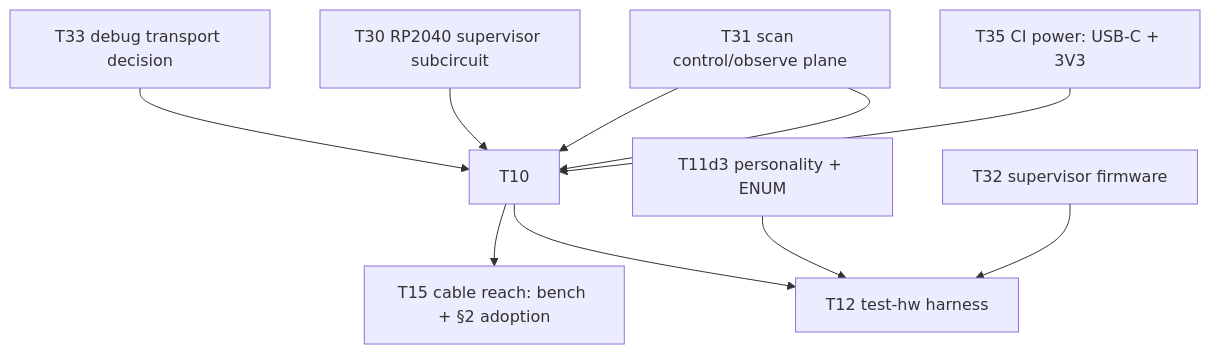
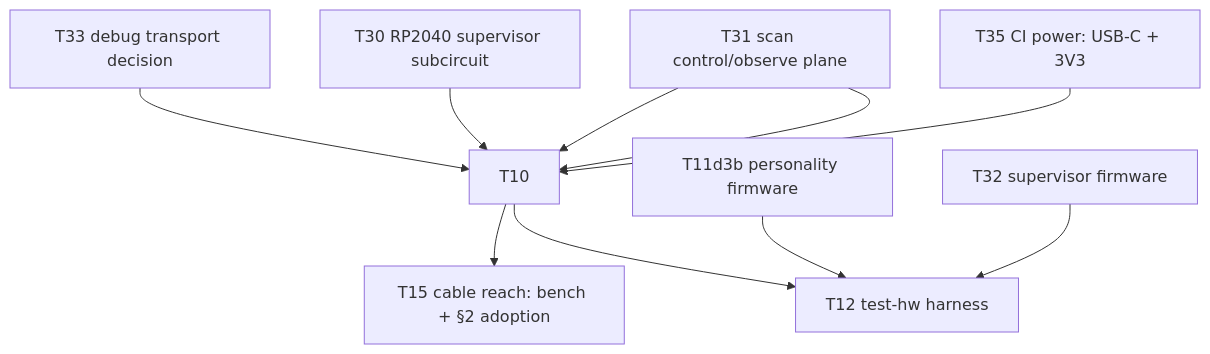
The diagram in KANBAN.md (kristofferkoch/oparroy), drawn with Mermaid before and after one commit. The commit also changed other lines of this file and 3 other files, not shown here.

First line of the commit message:
docs: ENUM occupancy-marker slot, Data0 type byte; kanban: split the personality card

````diff
--- a/KANBAN.md
+++ b/KANBAN.md
@@ -34,12 +34,12 @@
 ```mermaid
 graph TD
     T31[T31 scan control/observe plane] --> T10
     T35[T35 CI power: USB-C + 3V3] --> T10
     T30[T30 RP2040 supervisor subcircuit] --> T10
     T31 --> T10
     T33[T33 debug transport decision] --> T10
     T10 --> T12[T12 test-hw harness]
     T10 --> T15[T15 cable reach: bench + §2 adoption]
-    T11d3[T11d3 personality + ENUM] --> T12
+    T11d3b[T11d3b personality firmware] --> T12
     T32[T32 supervisor firmware] --> T12
 ```
````
